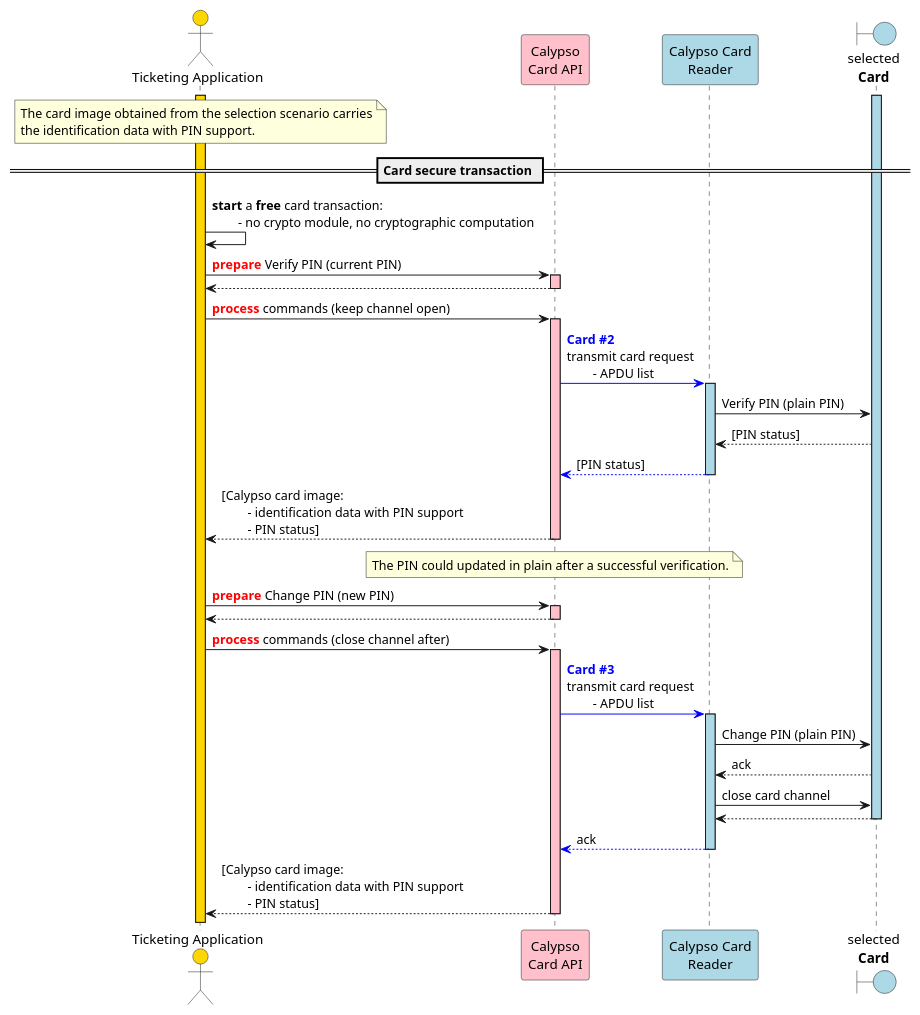
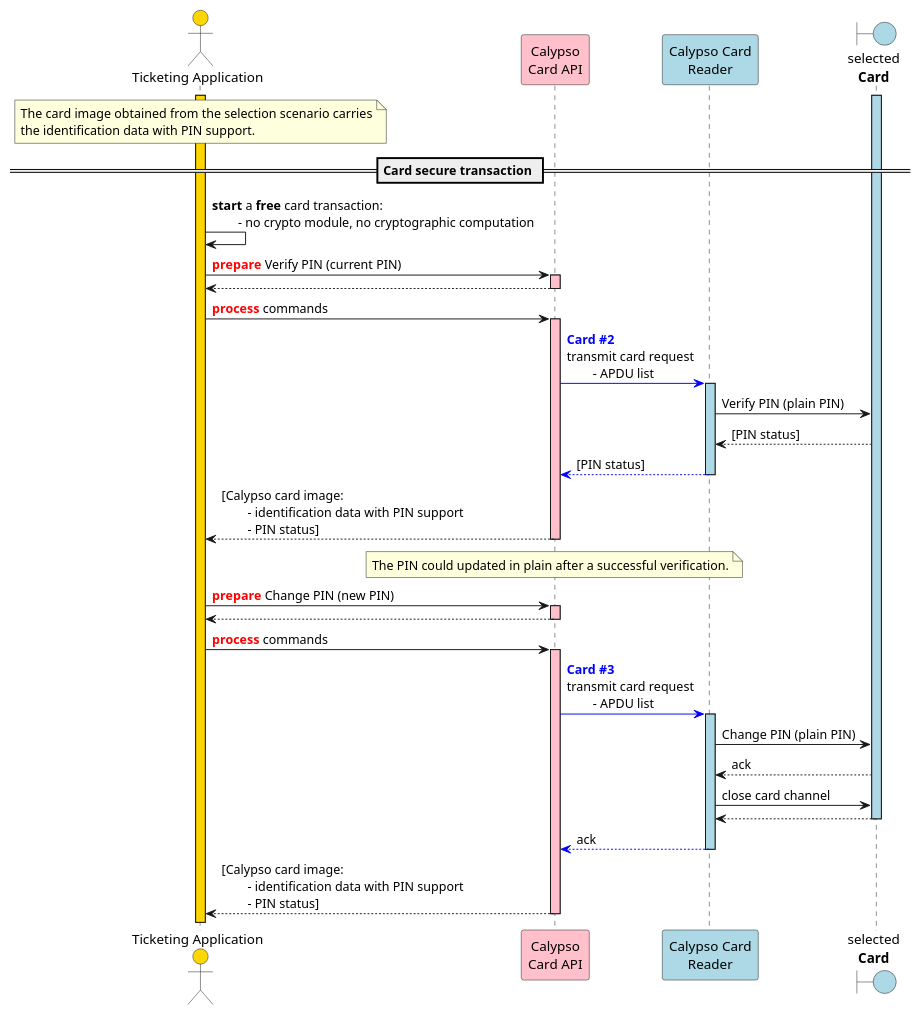
The diagram in static/media/specifications/calypso_transaction_Verify_Change_Plain_PIN_sequence_diagram.puml (calypsonet/calypsonet-terminal-api-website), drawn with PlantUML before and after one commit. The commit also changed 19 other files, not shown here.

Commit message:
fix: remove redundant text from sequence diagrams for clarity

```diff
--- a/static/media/specifications/calypso_transaction_Verify_Change_Plain_PIN_sequence_diagram.puml
+++ b/static/media/specifications/calypso_transaction_Verify_Change_Plain_PIN_sequence_diagram.puml
@@ -1,111 +1,111 @@
 @startuml
 
 'skinparam ClassBorderColor #F1C40F
 skinparam ClassBorderColor #D4AC0D
 skinparam stereotypeABorderColor #A9DCDF
 skinparam stereotypeIBorderColor #B4A7E5
 skinparam stereotypeCBorderColor #ADD1B2
 skinparam stereotypeEBorderColor #EB93DF
 skinparam shadowing false
 
 skinparam StateBorderColor #D4AC0D
 skinparam ActivityBorderColor #D4AC0D
 
 ' Red
 skinparam ClassBackgroundColor<<red>> #FDEDEC
 skinparam ClassBorderColor<<red>> #E74C3C
 hide <<red>> stereotype
 ' Purple
 skinparam ClassBackgroundColor<<purple>> #F4ECF7
 skinparam ClassBorderColor<<purple>> #8E44AD
 hide <<purple>> stereotype
 ' blue
 skinparam ClassBackgroundColor<<blue>> #EBF5FB
 skinparam ClassBorderColor<<blue>> #3498DB
 hide <<blue>> stereotype
 ' Green
 skinparam ClassBackgroundColor<<green>> #EAFAF1
 skinparam ClassBorderColor<<green>> #2ECC71
 hide <<green>> stereotype
 
 ' Orange
 skinparam ClassBackgroundColor<<orange>> #FDF2E9
 skinparam ClassBorderColor<<orange>> #E67E22
 hide <<orange>> stereotype
 
 ' Grey
 skinparam ClassBackgroundColor<<grey>> #EAECEE
 skinparam ClassBorderColor<<grey>> #2C3E50
 hide <<grey>> stereotype
 
 actor "Ticketing Application" as app #gold
 participant "Calypso\nCard API" as capi #pink
 participant "Calypso Card\nReader" as cardReader #lightBlue
 boundary "selected\n**Card**" as card #lightBlue
 
 activate app #gold
 
 activate card #lightBlue
 
 note over app
     The card image obtained from the selection scenario carries
     the identification data with PIN support.
 end note
 
 == Card secure transaction ==
 
 app->app: **start** a **free** card transaction:\n\t- no crypto module, no cryptographic computation
 
 app->capi: <font color=red>**prepare**</font> Verify PIN (current PIN)
 activate capi  #pink
 capi-->app
 deactivate capi
 
-app->capi: <font color=red>**process**</font> commands (keep channel open)
+app->capi: <font color=red>**process**</font> commands
 activate capi  #pink
 
 capi-[#0000FF]>cardReader: <font color=blue>**Card #2**</font>\ntransmit card request\n\t- APDU list
 activate cardReader #lightBlue
 
 'group Card APDU commands inside session
     cardReader->card: Verify PIN (plain PIN)
     card-->cardReader: [PIN status]
 'end
 
 cardReader-[#0000FF]->capi: [PIN status]
 deactivate cardReader
 
 capi-->app: [Calypso card image:\n\t- identification data with PIN support\n\t- PIN status]
 deactivate capi
 
 note over capi
     The PIN could updated in plain after a successful verification.
 end note
 
 app->capi: <font color=red>**prepare**</font> Change PIN (new PIN)
 activate capi  #pink
 capi-->app
 deactivate capi
 
-app->capi: <font color=red>**process**</font> commands (close channel after)
+app->capi: <font color=red>**process**</font> commands
 activate capi  #pink
 
 capi-[#0000FF]>cardReader: <font color=blue>**Card #3**</font>\ntransmit card request\n\t- APDU list
 activate cardReader #lightBlue
 
 'group Card APDU commands inside session
     cardReader->card: Change PIN (plain PIN)
     card-->cardReader: ack
     cardReader->card: close card channel
     card-->cardReader
 'end
 deactivate card
 
 cardReader-[#0000FF]->capi: ack
 deactivate cardReader
 
 capi-->app: [Calypso card image:\n\t- identification data with PIN support\n\t- PIN status]
 deactivate capi
 
 deactivate capi
 @enduml
```
